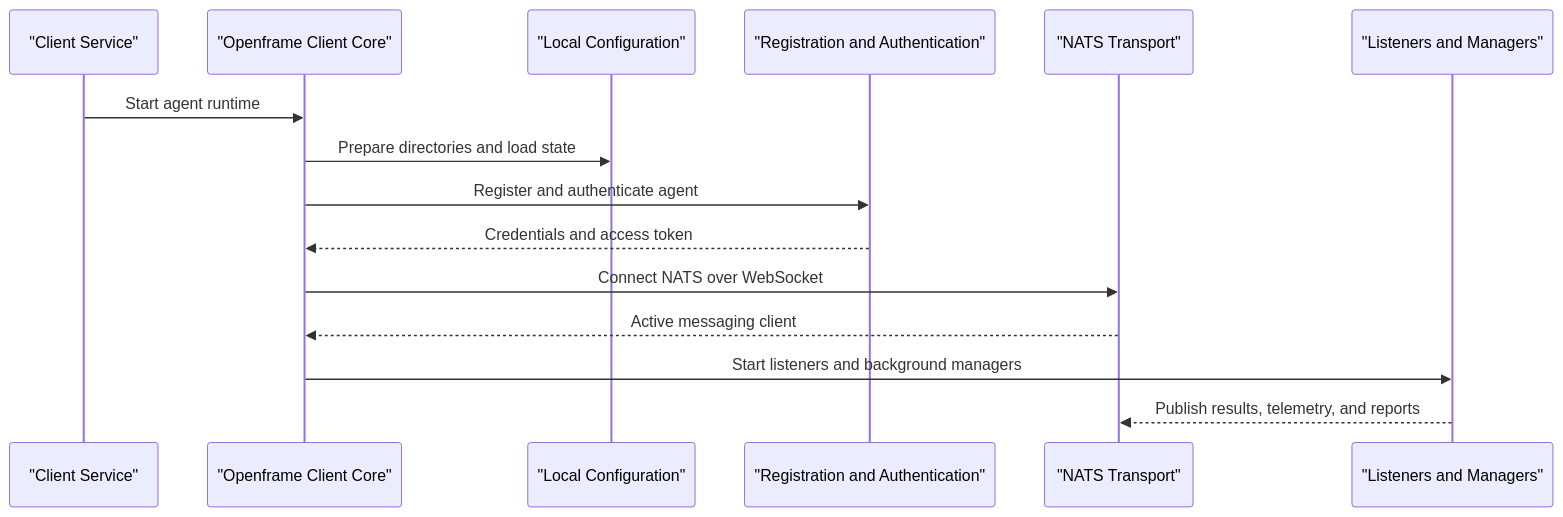
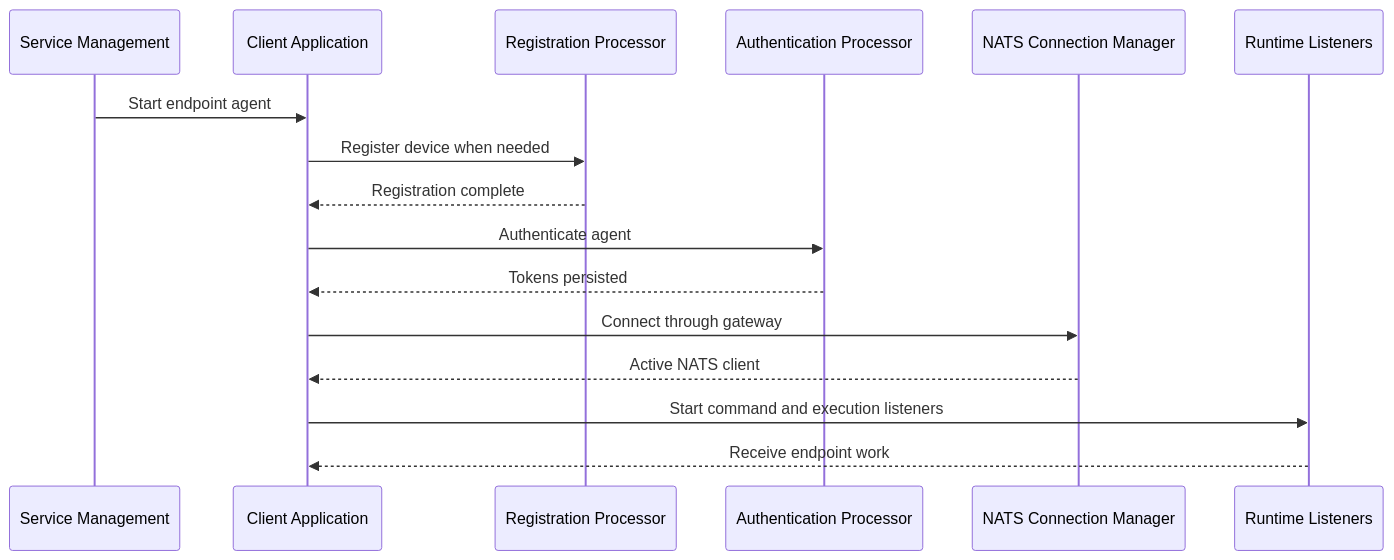
One commit to flamingo-stack/openframe-oss-tenant changed the second of 3 diagrams in docs/reference/architecture/openframe-client-core/openframe-client-core.md. Above: the diagram before and after it, drawn with Mermaid. The commit also changed other lines of this file and 2377 other files, not shown here.

````diff
--- a/docs/reference/architecture/openframe-client-core/openframe-client-core.md
+++ b/docs/reference/architecture/openframe-client-core/openframe-client-core.md
@@ -49,18 +46,19 @@
 ```mermaid
 sequenceDiagram
-    participant Service as "Client Service"
-    participant Core as "Openframe Client Core"
-    participant Config as "Local Configuration"
-    participant Auth as "Registration and Authentication"
-    participant Nats as "NATS Transport"
-    participant Workers as "Listeners and Managers"
+    participant Service as Service Management
+    participant Client as Client Application
+    participant Registration as Registration Processor
+    participant Auth as Authentication Processor
+    participant Nats as NATS Connection Manager
+    participant Listeners as Runtime Listeners
 
-    Service->>Core: Start agent runtime
-    Core->>Config: Prepare directories and load state
-    Core->>Auth: Register and authenticate agent
-    Auth-->>Core: Credentials and access token
-    Core->>Nats: Connect NATS over WebSocket
-    Nats-->>Core: Active messaging client
-    Core->>Workers: Start listeners and background managers
-    Workers-->>Nats: Publish results, telemetry, and reports
+    Service->>Client: Start endpoint agent
+    Client->>Registration: Register device when needed
+    Registration-->>Client: Registration complete
+    Client->>Auth: Authenticate agent
+    Auth-->>Client: Tokens persisted
+    Client->>Nats: Connect through gateway
+    Nats-->>Client: Active NATS client
+    Client->>Listeners: Start command and execution listeners
+    Listeners-->>Client: Receive endpoint work
 ```
````
